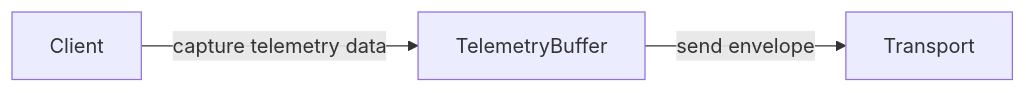
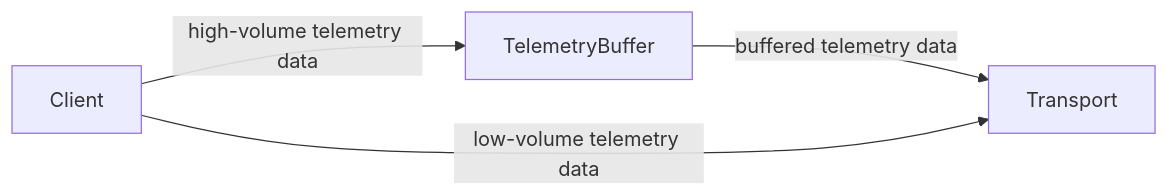
Before and after one commit to getsentry/sentry-docs: the diagram in develop-docs/sdk/telemetry/telemetry-buffer.mdx, drawn with Mermaid. The commit also changed other lines of this file, not shown here.

Commit message:
improvements

````diff
--- a/develop-docs/sdk/telemetry/telemetry-buffer.mdx
+++ b/develop-docs/sdk/telemetry/telemetry-buffer.mdx
@@ -17,5 +17,6 @@
 ```mermaid
 flowchart LR
-  Client[Client] -->|capture telemetry data| Buffer[TelemetryBuffer]
-  Buffer -->|send envelope| Transport[Transport]
+  Client[Client] -->|high-volume telemetry data| Buffer[TelemetryBuffer]
+  Buffer -->|buffered telemetry data| Transport[Transport]
+  Client -->|low-volume telemetry data| Transport
 ```
````
